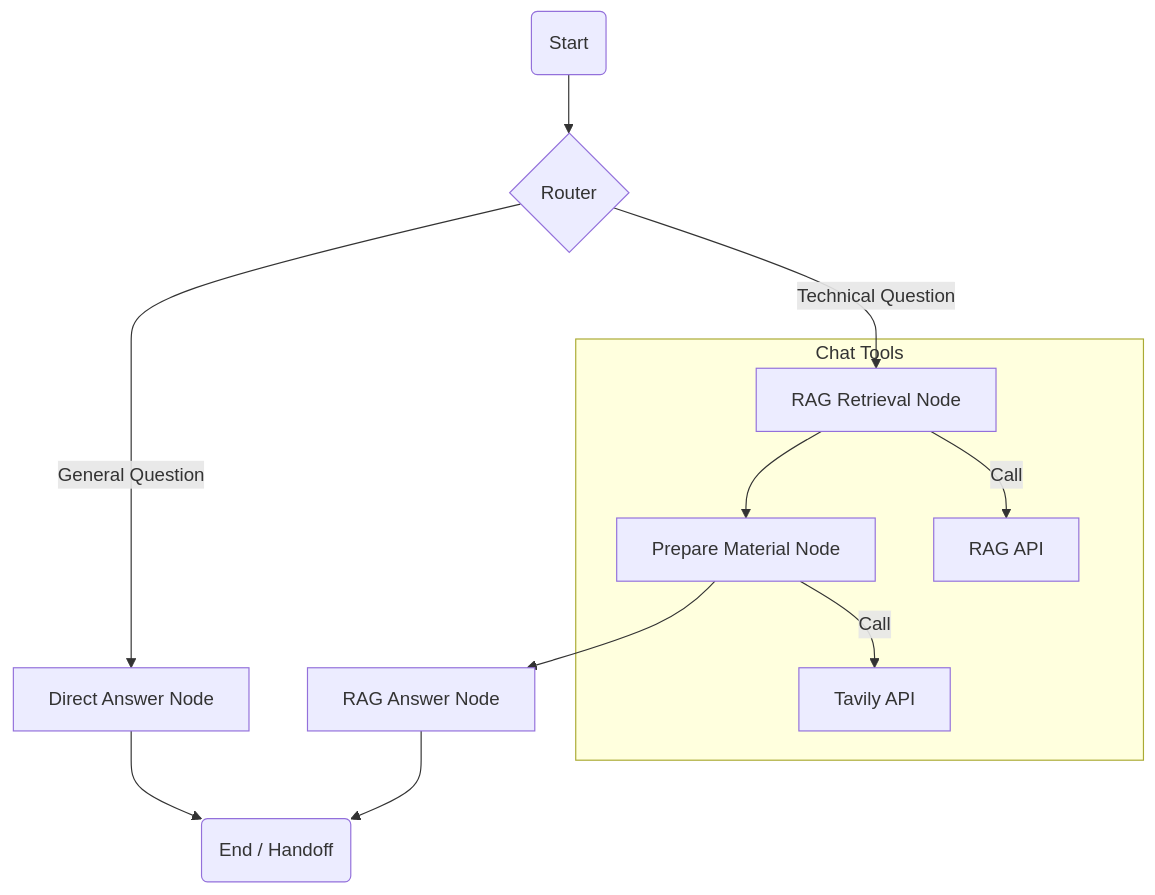
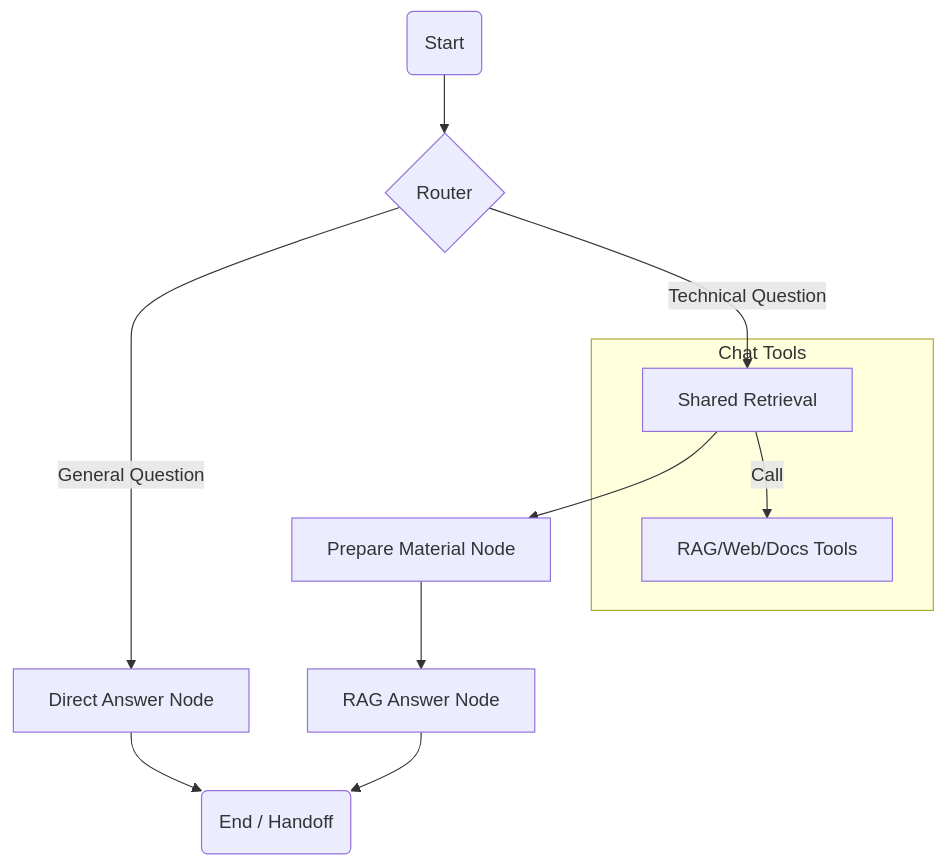
The second of 5 diagrams in docs/agent_documentation.md (Lifelong-Learning-Assisttant/agent_service), drawn with Mermaid before and after one commit. The commit also changed other lines of this file, not shown here.

````diff
--- a/docs/agent_documentation.md
+++ b/docs/agent_documentation.md
@@ -47,18 +47,17 @@
 ```mermaid
 graph TD
     C_Start(Start) --> C_Router{Router}
     
     C_Router --"General Question"--> C_Direct[Direct Answer Node]
-    C_Router --"Technical Question"--> C_RAG[RAG Retrieval Node]
+    C_Router --"Technical Question"--> C_Search[Shared Retrieval]
     
-    C_RAG --> C_Prepare[Prepare Material Node]
+    C_Search --> C_Prepare[Prepare Material Node]
     C_Prepare --> C_Generate[RAG Answer Node]
     
     C_Direct --> C_End(End / Handoff)
     C_Generate --> C_End
     
     subgraph "Chat Tools"
-        C_RAG --"Call"--> Tool_RAG[RAG API]
-        C_Prepare --"Call"--> Tool_Web[Tavily API]
+        C_Search --"Call"--> Shared_Tools[RAG/Web/Docs Tools]
     end
 ```
````
